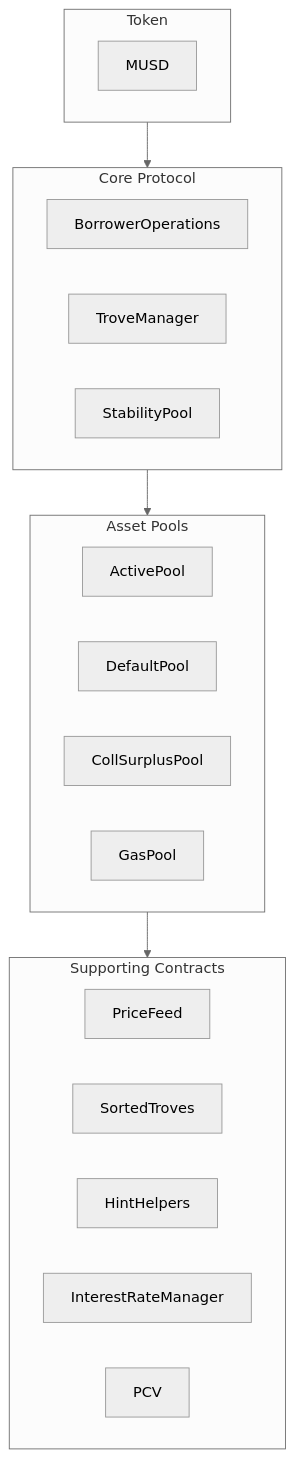
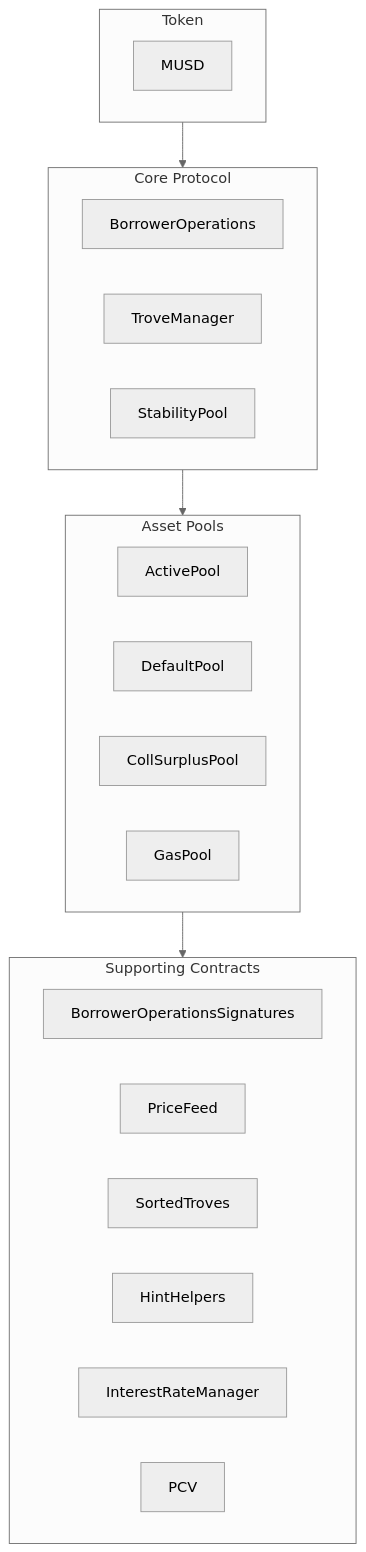
Before and after one commit to mezo-org/musd: the diagram in docs/README.md, drawn with Mermaid (neutral theme). The commit also changed other lines of this file, not shown here.

Commit message:
Add BorrowerOperationsSignatures to Core Smart Contracts in README

````diff
--- a/docs/README.md
+++ b/docs/README.md
@@ -127,30 +127,31 @@
 ```mermaid
 graph TD
     subgraph TokenSystem["Token"]
         MUSD
     end
     subgraph Core["Core Protocol"]
         BorrowerOperations
         TroveManager
         StabilityPool
     end
     subgraph Pools["Asset Pools"]
         ActivePool
         DefaultPool
         CollSurplusPool
         GasPool
     end
     subgraph Support["Supporting Contracts"]
+        BorrowerOperationsSignatures
         PriceFeed
         SortedTroves
         HintHelpers
         InterestRateManager
         PCV
     end
     TokenSystem-->Core
     Core-->Pools
     Pools-->Support
     linkStyle 0 stroke-opacity:1  
     linkStyle 1 stroke-opacity:1  
     linkStyle 2 stroke-opacity:1   
 ```
````
